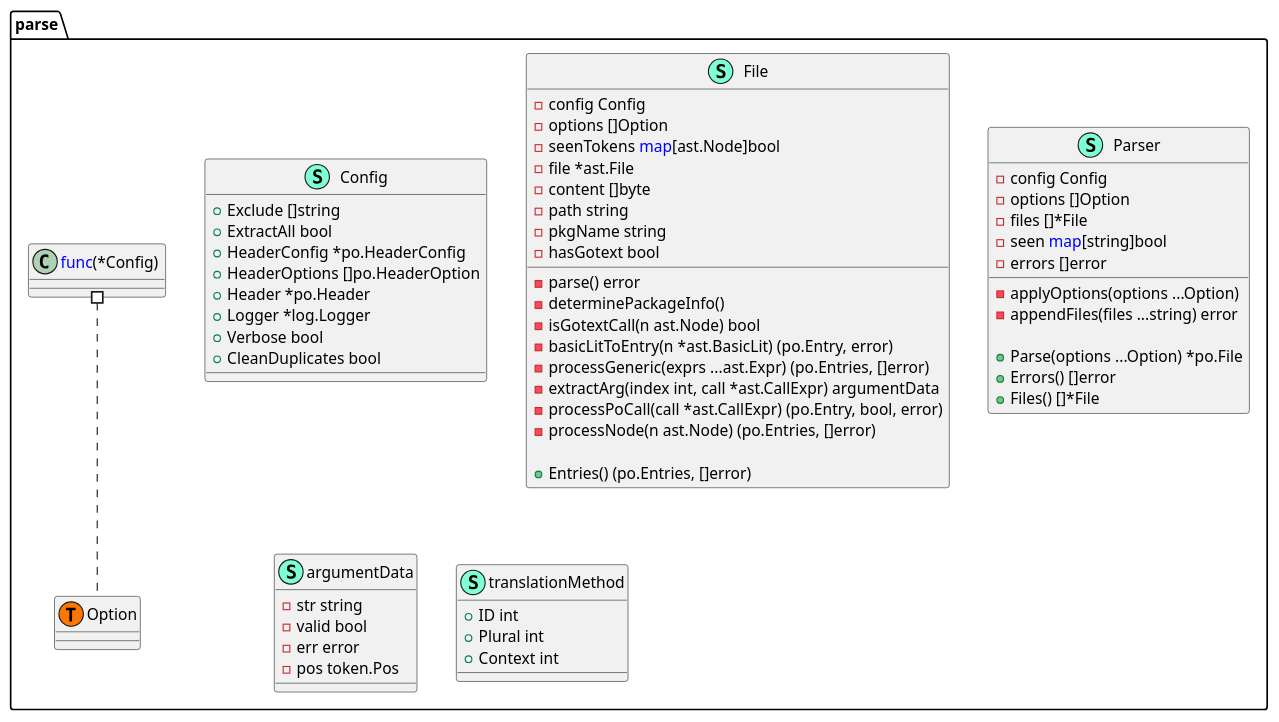
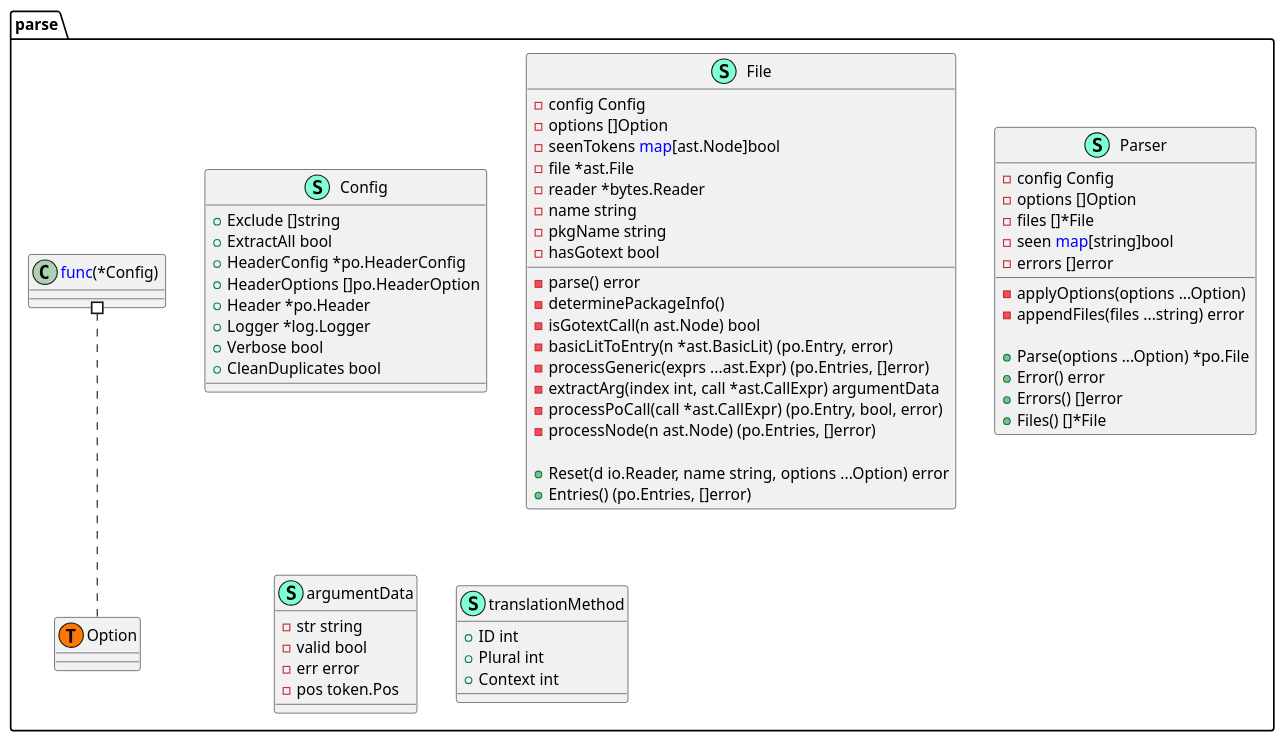
The diagram in pkg/go/parse/structure.puml (Tom5521/gotext-tools), drawn with PlantUML before and after one commit. The commit also changed 7 other files, not shown here.

Commit message:
docs: Update plantUML files

```diff
--- a/pkg/go/parse/structure.puml
+++ b/pkg/go/parse/structure.puml
@@ -1,70 +1,72 @@
 @startuml
 namespace parse {
     class Config << (S,Aquamarine) >> {
         + Exclude []string
         + ExtractAll bool
         + HeaderConfig *po.HeaderConfig
         + HeaderOptions []po.HeaderOption
         + Header *po.Header
         + Logger *log.Logger
         + Verbose bool
         + CleanDuplicates bool
 
     }
     class File << (S,Aquamarine) >> {
         - config Config
         - options []Option
         - seenTokens <font color=blue>map</font>[ast.Node]bool
         - file *ast.File
-        - content []byte
-        - path string
+        - reader *bytes.Reader
+        - name string
         - pkgName string
         - hasGotext bool
 
         - parse() error
         - determinePackageInfo() 
         - isGotextCall(n ast.Node) bool
         - basicLitToEntry(n *ast.BasicLit) (po.Entry, error)
         - processGeneric(exprs ...ast.Expr) (po.Entries, []error)
         - extractArg(index int, call *ast.CallExpr) argumentData
         - processPoCall(call *ast.CallExpr) (po.Entry, bool, error)
         - processNode(n ast.Node) (po.Entries, []error)
 
+        + Reset(d io.Reader, name string, options ...Option) error
         + Entries() (po.Entries, []error)
 
     }
     class Parser << (S,Aquamarine) >> {
         - config Config
         - options []Option
         - files []*File
         - seen <font color=blue>map</font>[string]bool
         - errors []error
 
         - applyOptions(options ...Option) 
         - appendFiles(files ...string) error
 
         + Parse(options ...Option) *po.File
+        + Error() error
         + Errors() []error
         + Files() []*File
 
     }
     class argumentData << (S,Aquamarine) >> {
         - str string
         - valid bool
         - err error
         - pos token.Pos
 
     }
     class parse.Option << (T, #FF7700) >>  {
     }
     class translationMethod << (S,Aquamarine) >> {
         + ID int
         + Plural int
         + Context int
 
     }
 }
 
 
 "parse.<font color=blue>func</font>(*Config) " #.. "parse.Option"
 @enduml
```
